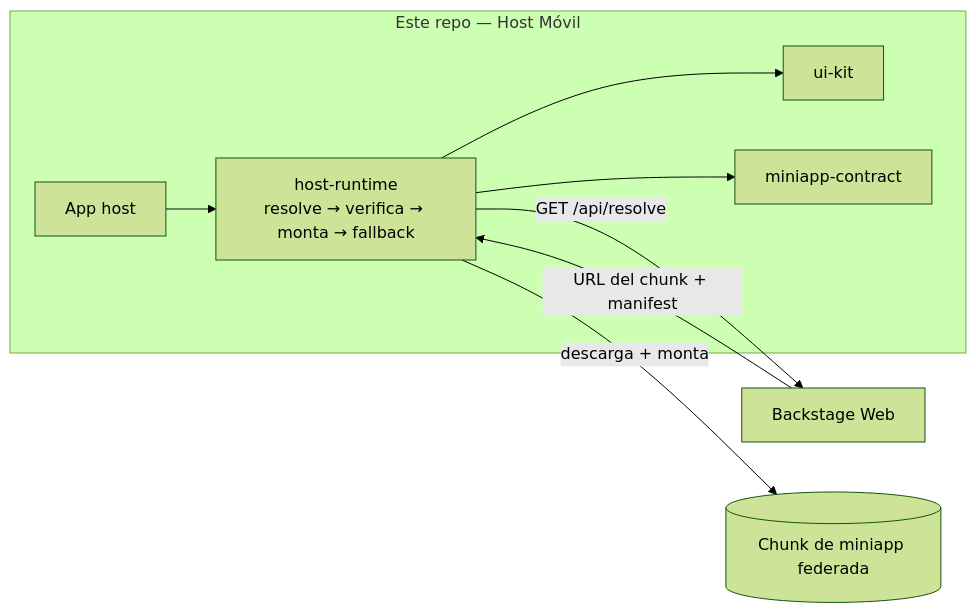
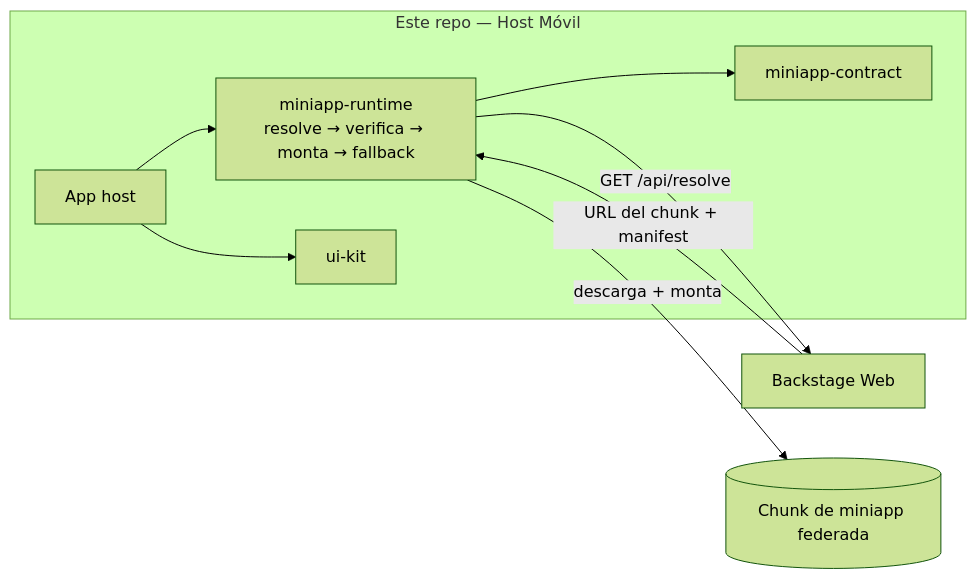
The diagram in README.es.md (DentVega/backstagereactnative), drawn with Mermaid (forest theme) before and after one commit. The commit also changed other lines of this file and 43 other files, not shown here.

Commit message:
chore(host): borrar packages/host-runtime (reemplazado por @dentvega/miniapp-runtime)

````diff
--- a/README.es.md
+++ b/README.es.md
@@ -14,11 +14,11 @@
 ```mermaid
 flowchart LR
     subgraph This["Este repo — Host Móvil"]
-        HOST[App host] --> RT[host-runtime<br/>resolve → verifica → monta → fallback]
-        RT --> UI[ui-kit]
+        HOST[App host] --> RT[miniapp-runtime<br/>resolve → verifica → monta → fallback]
+        HOST --> UI[ui-kit]
         RT --> C[miniapp-contract]
     end
     RT -->|"GET /api/resolve"| BS[Backstage Web]
     BS -->|URL del chunk + manifest| RT
     RT -->|descarga + monta| REMOTE[(Chunk de miniapp federada)]
 ```
````
